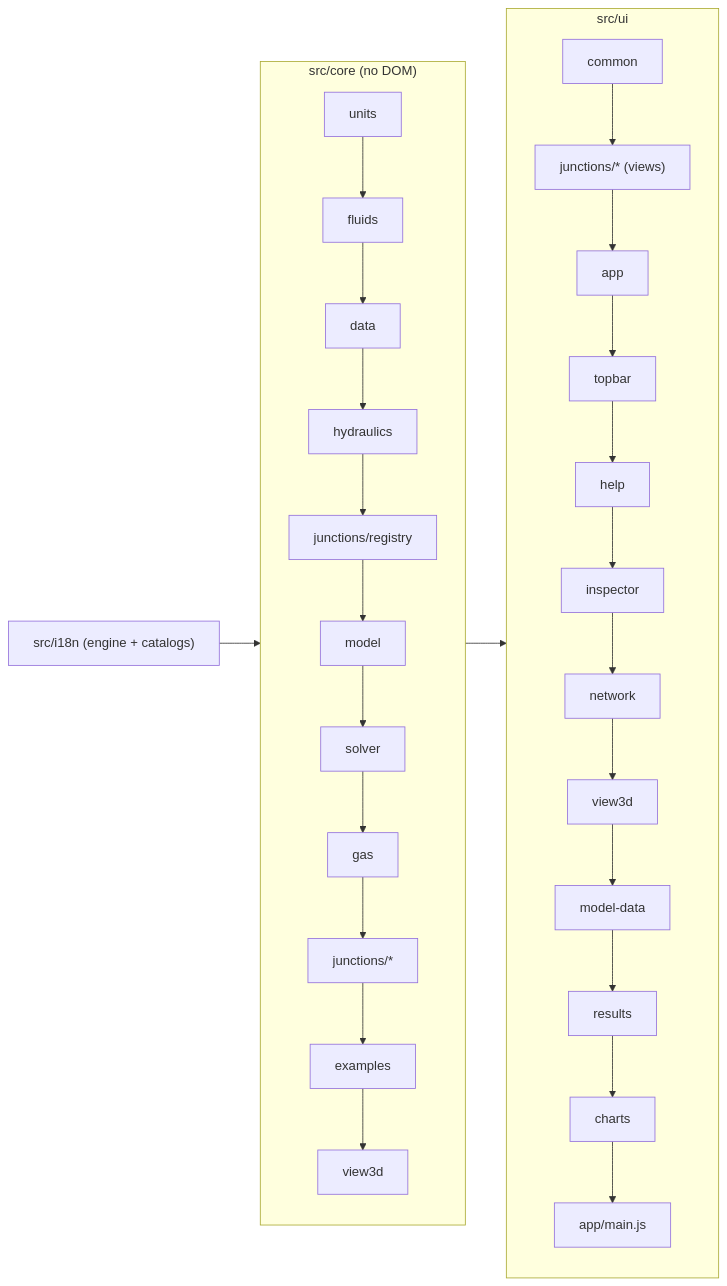
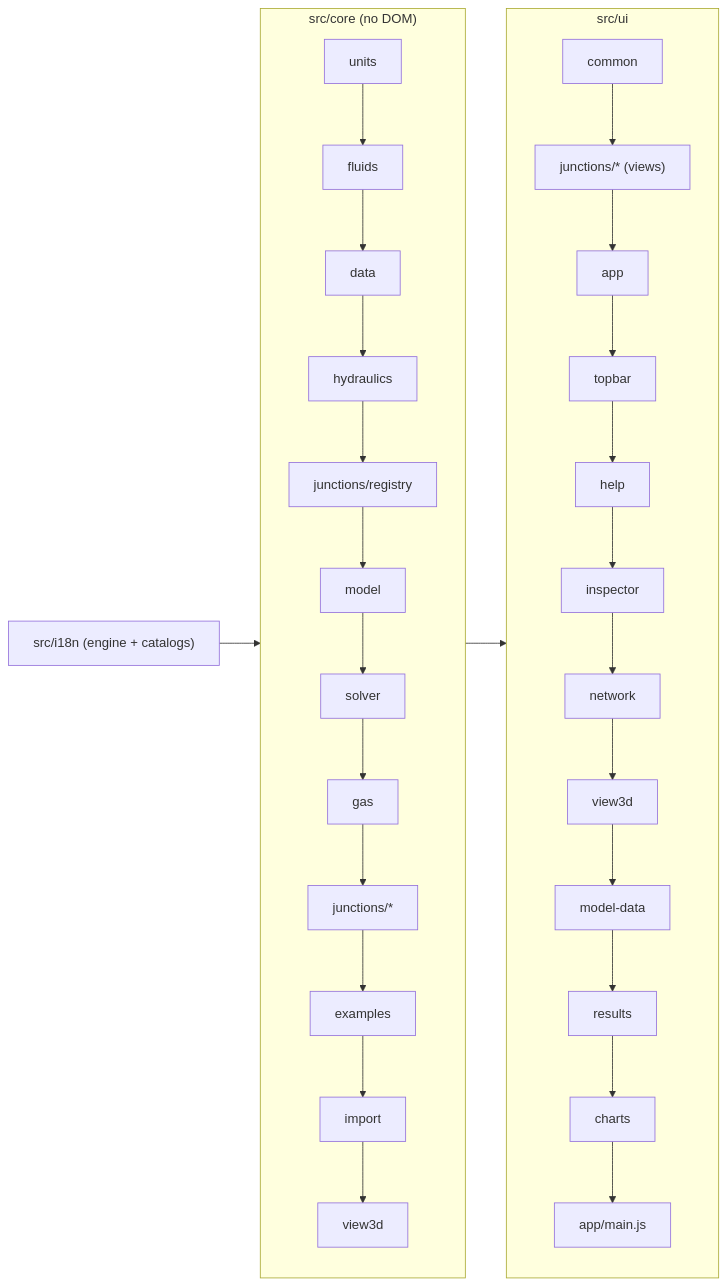
One commit to rafaperk/pumpit changed the diagram in docs/ARCHITECTURE.md. Above: the diagram before and after it, drawn with Mermaid. The commit also changed other lines of this file and 80 other files, not shown here.

````diff
--- a/docs/ARCHITECTURE.md
+++ b/docs/ARCHITECTURE.md
@@ -15,11 +15,11 @@
 ```mermaid
 flowchart LR
   i18n["src/i18n (engine + catalogs)"] --> core
   subgraph core["src/core (no DOM)"]
-    units --> fluids --> data --> hydraulics --> registry["junctions/registry"] --> model --> solver --> gas --> jtypes["junctions/*"] --> examples --> view3d
+    units --> fluids --> data --> hydraulics --> registry["junctions/registry"] --> model --> solver --> gas --> jtypes["junctions/*"] --> examples --> imports["import"] --> view3d
   end
   subgraph ui["src/ui"]
     common --> jviews["junctions/* (views)"] --> app --> topbar --> help --> inspector --> network --> view3dui["view3d"] --> modeldata["model-data"] --> results --> charts --> main["app/main.js"]
   end
   core --> ui
 ```
````
